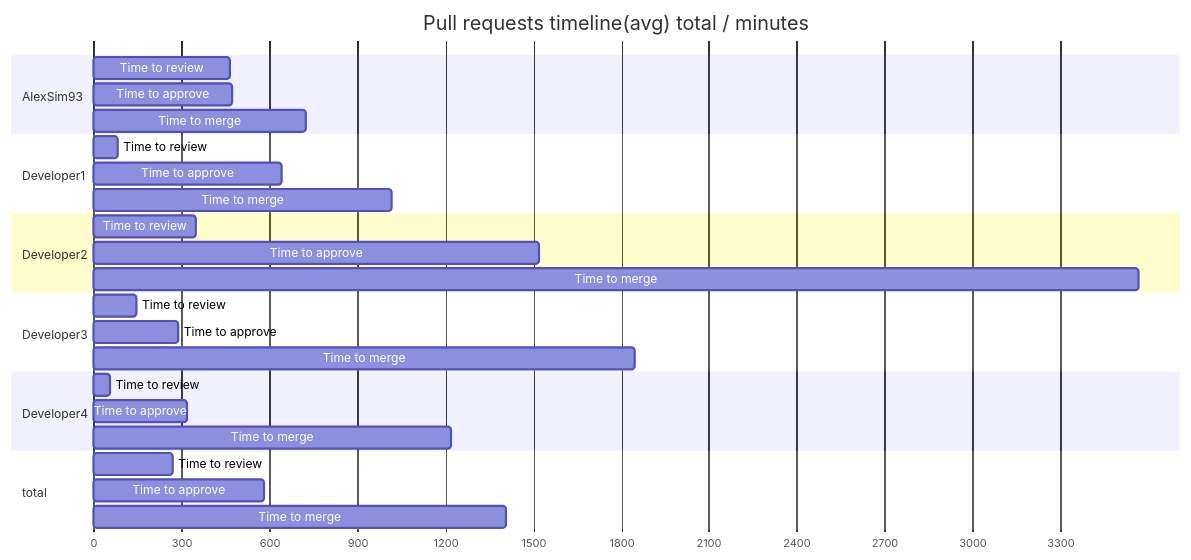
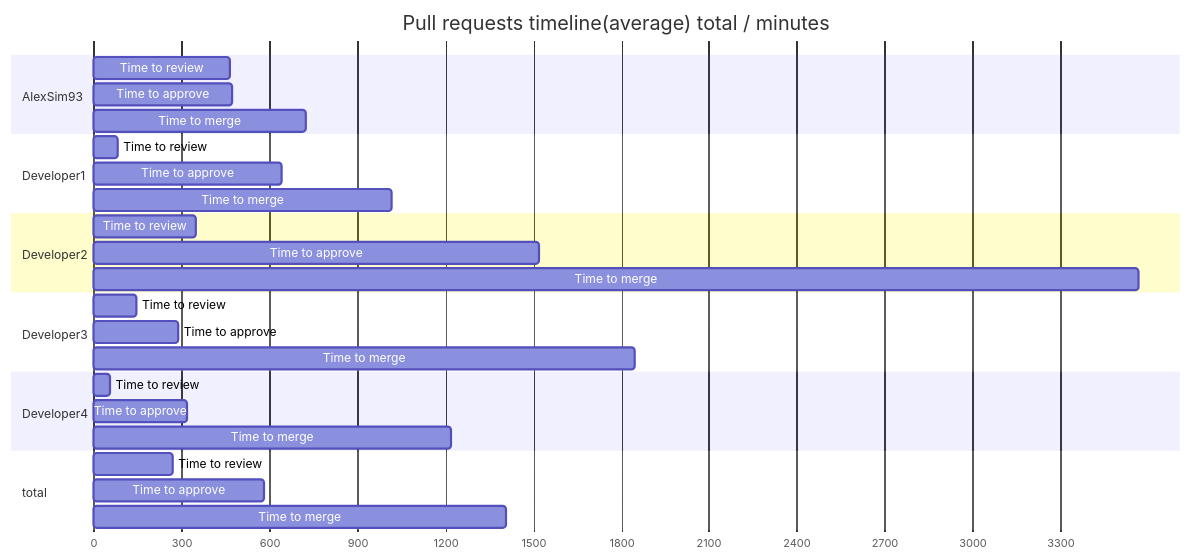
The seventh of 9 diagrams in examples/nPRsReport.md (AlexSim93/pull-request-analytics-action), drawn with Mermaid before and after one commit. The commit also changed other lines of this file and 12 other files, not shown here.

````diff
--- a/examples/nPRsReport.md
+++ b/examples/nPRsReport.md
@@ -311,36 +311,36 @@
 ```mermaid
 gantt
-title Pull requests timeline(avg) total / minutes
+title Pull requests timeline(average) total / minutes
 dateFormat X
 axisFormat %s
 section AlexSim93
                 Time to review :  0, 466
 Time to approve :  0, 472
 Time to merge :  0, 725
         
 section Developer1
                 Time to review :  0, 84
 Time to approve :  0, 641
 Time to merge :  0, 1016
         
 section Developer2
                 Time to review :  0, 348
 Time to approve :  0, 1521
 Time to merge :  0, 3566
         
 section Developer3
                 Time to review :  0, 146
 Time to approve :  0, 290
 Time to merge :  0, 1846
         
 section Developer4
                 Time to review :  0, 55
 Time to approve :  0, 320
 Time to merge :  0, 1221
         
 section total
                 Time to review :  0, 272
 Time to approve :  0, 581
 Time to merge :  0, 1407
         
 ```
````
